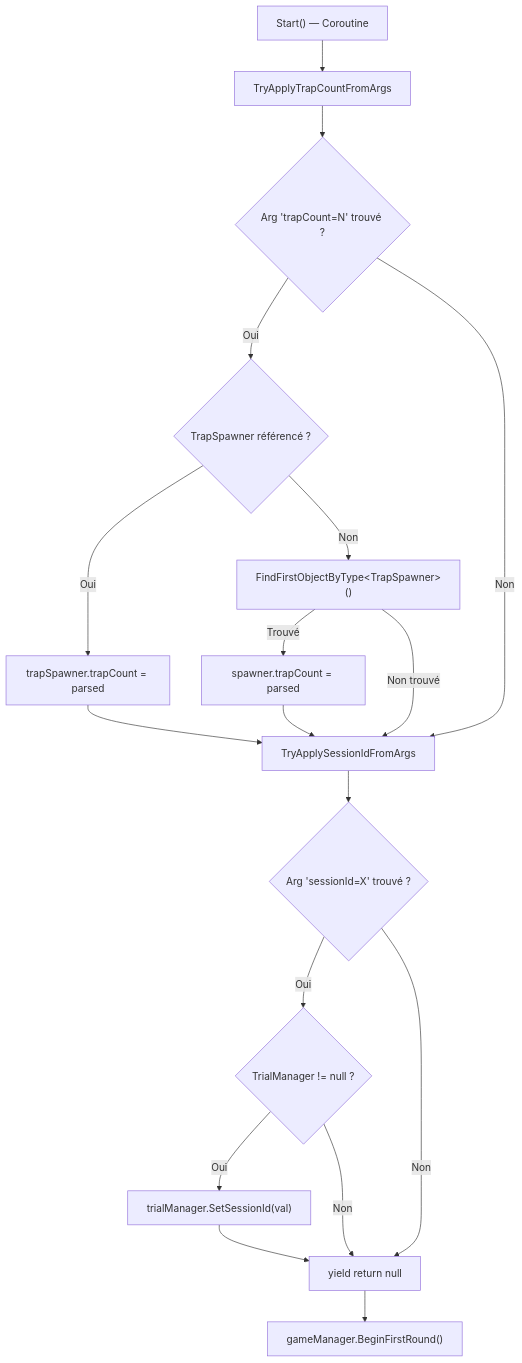
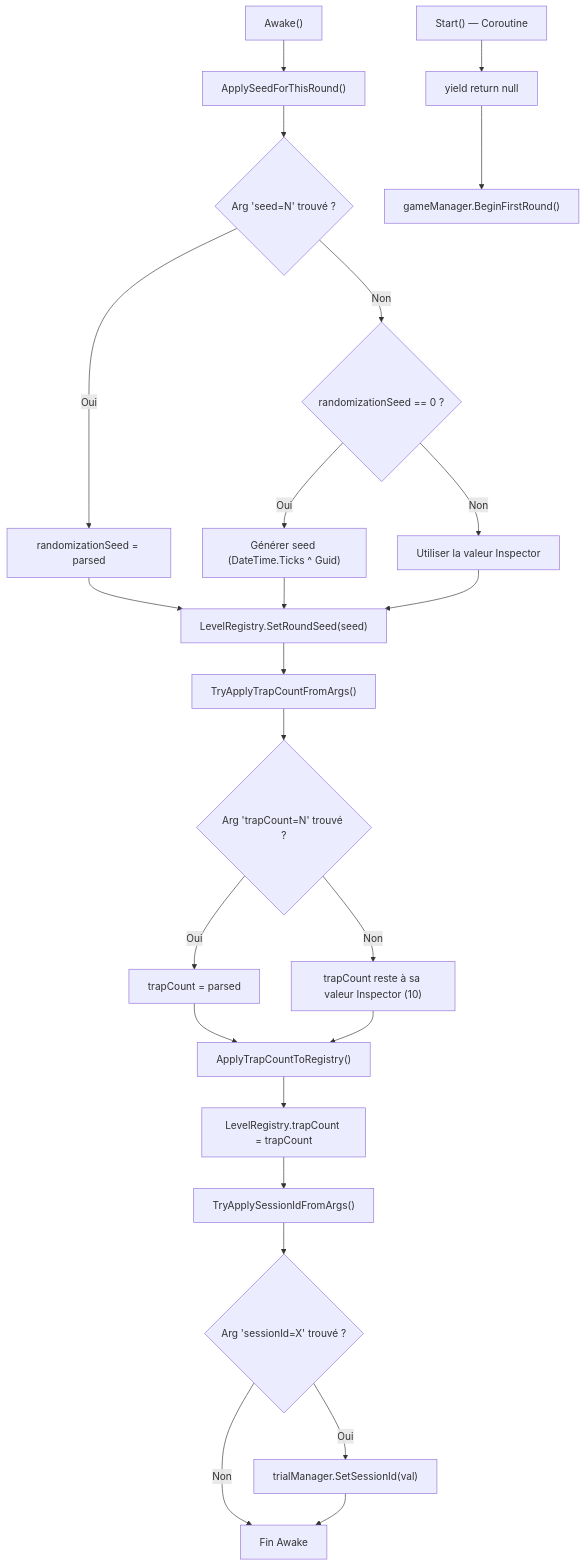
The eighth of 13 diagrams in Docs/TDD.md (PierreChagnon/BUGS), drawn with Mermaid before and after one commit. The commit also changed other lines of this file, not shown here.

````diff
--- a/Docs/TDD.md
+++ b/Docs/TDD.md
@@ -877,22 +987,29 @@
 ```mermaid
 graph TD
-    A["Start() — Coroutine"] --> B[TryApplyTrapCountFromArgs]
-    B --> C{Arg 'trapCount=N' trouvé ?}
-    C -->|Oui| D{TrapSpawner référencé ?}
-    C -->|Non| F[TryApplySessionIdFromArgs]
-    D -->|Oui| E["trapSpawner.trapCount = parsed"]
-    D -->|Non| D2["FindFirstObjectByType&lt;TrapSpawner&gt;()"]
-    D2 -->|Trouvé| E2["spawner.trapCount = parsed"]
-    D2 -->|Non trouvé| F
-    E --> F
+    A["Awake()"] --> B["ApplySeedForThisRound()"]
+    B --> B1{Arg 'seed=N' trouvé ?}
+    B1 -->|Oui| B2["randomizationSeed = parsed"]
+    B1 -->|Non| B3{randomizationSeed == 0 ?}
+    B3 -->|Oui| B4["Générer seed (DateTime.Ticks ^ Guid)"]
+    B3 -->|Non| B5["Utiliser la valeur Inspector"]
+    B2 --> B6["LevelRegistry.SetRoundSeed(seed)"]
+    B4 --> B6
+    B5 --> B6
+
+    B6 --> C["TryApplyTrapCountFromArgs()"]
+    C --> C1{Arg 'trapCount=N' trouvé ?}
+    C1 -->|Oui| C2["trapCount = parsed"]
+    C1 -->|Non| C3["trapCount reste à sa valeur Inspector (10)"]
+    C2 --> D["ApplyTrapCountToRegistry()"]
+    C3 --> D
+    D --> D1["LevelRegistry.trapCount = trapCount"]
+
+    D1 --> E["TryApplySessionIdFromArgs()"]
+    E --> E1{Arg 'sessionId=X' trouvé ?}
+    E1 -->|Oui| E2["trialManager.SetSessionId(val)"]
+    E1 -->|Non| F["Fin Awake"]
     E2 --> F
 
-    F --> G{Arg 'sessionId=X' trouvé ?}
-    G -->|Oui| H{TrialManager != null ?}
-    G -->|Non| I["yield return null"]
-    H -->|Oui| J["trialManager.SetSessionId(val)"]
-    H -->|Non| I
-    J --> I
-
-    I --> K["gameManager.BeginFirstRound()"]
+    G["Start() — Coroutine"] --> H["yield return null"]
+    H --> I["gameManager.BeginFirstRound()"]
 ```
````
